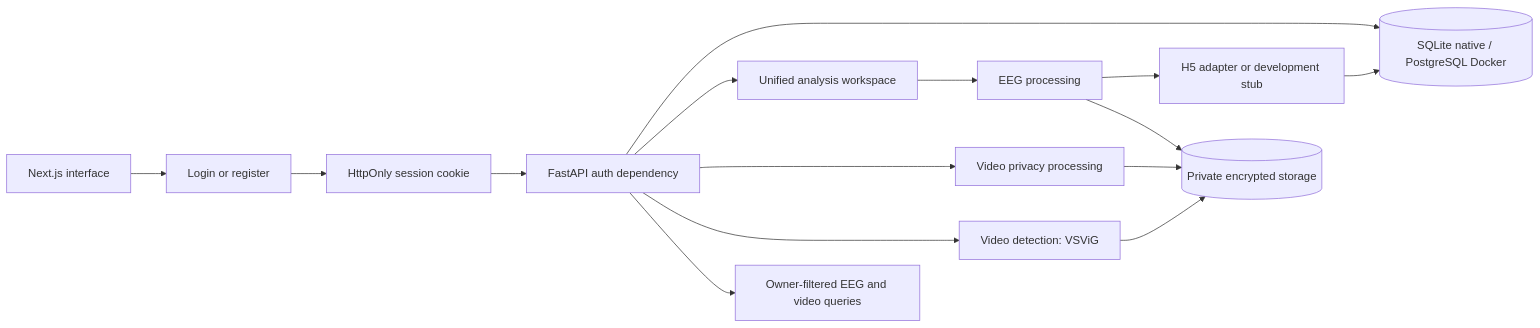
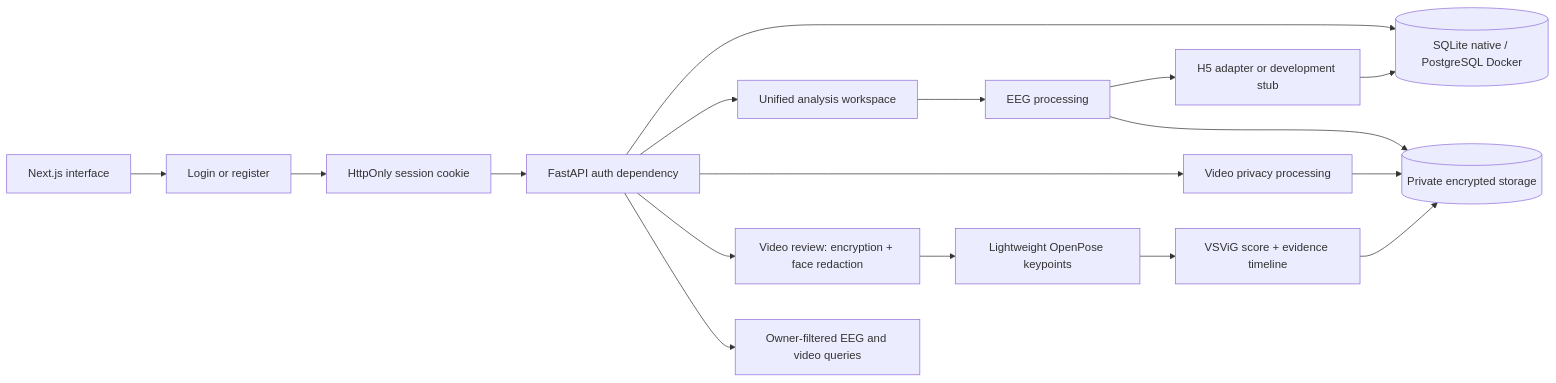
One commit to 4ffaad/FYP-MDS01 changed the diagram in README.md. Above: the diagram before and after it, drawn with Mermaid. The commit also changed other lines of this file and 108 other files, not shown here.

````diff
--- a/README.md
+++ b/README.md
@@ -69,17 +72,19 @@
 ```mermaid
 flowchart LR
     Browser[Next.js interface] --> Auth[Login or register]
     Auth --> Cookie[HttpOnly session cookie]
     Cookie --> API[FastAPI auth dependency]
     API --> DB[(SQLite native / PostgreSQL Docker)]
     API --> Workspace[Unified analysis workspace]
     Workspace --> EEG[EEG processing]
     API --> Video[Video privacy processing]
-    API --> Detection[Video detection: VSViG]
-    Detection --> Files
+    API --> Detection[Video review: encryption + face redaction]
+    Detection --> Pose[Lightweight OpenPose keypoints]
+    Pose --> VSViG[VSViG score + evidence timeline]
+    VSViG --> Files
     EEG --> Model[H5 adapter or development stub]
     Model --> DB
     EEG --> Files[(Private encrypted storage)]
     Video --> Files
     API --> Owner[Owner-filtered EEG and video queries]
 ```
````
